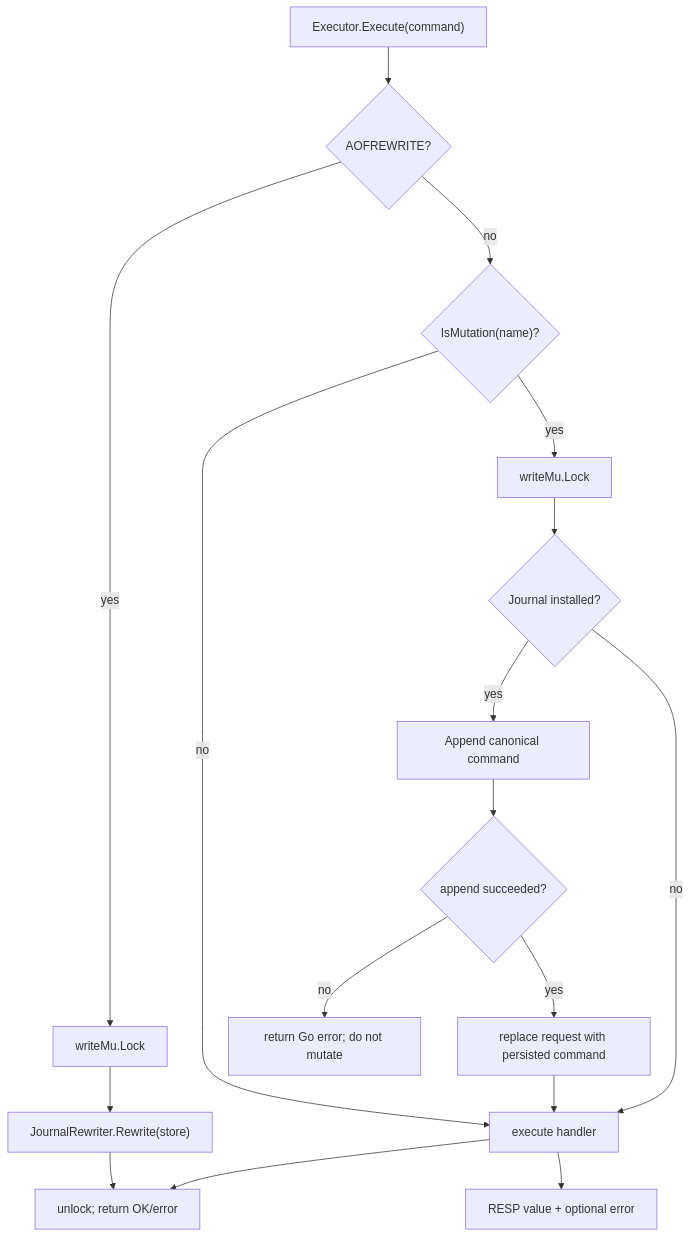
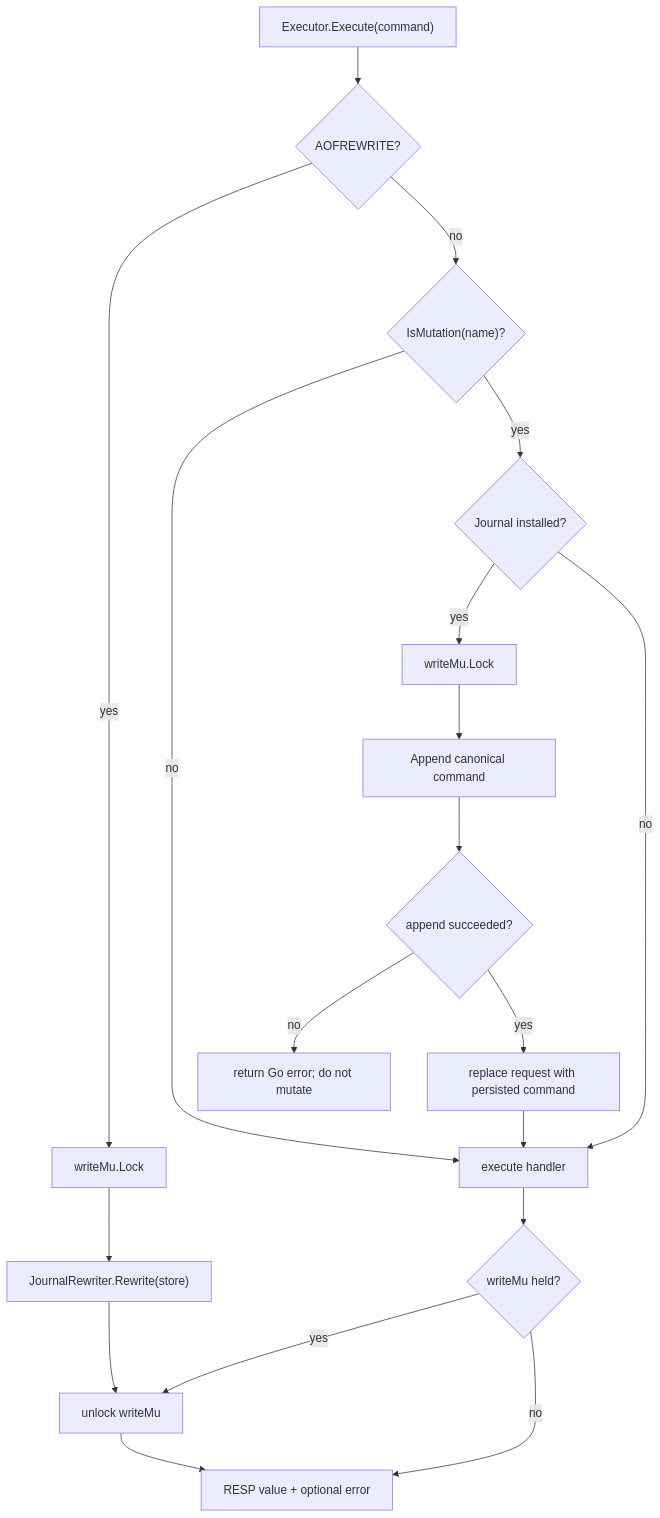
The fifth of 6 diagrams in HLD.md (shivam-pathak9/carrot), drawn with Mermaid before and after one commit. The commit also changed other lines of this file and 23 other files, not shown here.

````diff
--- a/HLD.md
+++ b/HLD.md
@@ -263,19 +263,21 @@
 ```mermaid
 flowchart TD
     Request["Executor.Execute(command)"] --> Special{"AOFREWRITE?"}
     Special -->|yes| Barrier["writeMu.Lock"]
     Barrier --> Rewrite["JournalRewriter.Rewrite(store)"]
     Rewrite --> Unlock["unlock; return OK/error"]
     Special -->|no| Mut{"IsMutation(name)?"}
     Mut -->|no| Dispatch["execute handler"]
-    Mut -->|yes| Lock["writeMu.Lock"]
-    Lock --> Journal{"Journal installed?"}
-    Journal -->|yes| Append["Append canonical command"]
+    Mut -->|yes| Journal{"Journal installed?"}
+    Journal -->|yes| Lock["writeMu.Lock"]
+    Lock --> Append["Append canonical command"]
     Journal -->|no| Dispatch
     Append --> Good{"append succeeded?"}
     Good -->|no| Error["return Go error; do not mutate"]
     Good -->|yes| Canonical["replace request with persisted command"]
     Canonical --> Dispatch
-    Dispatch --> Unlock
-    Dispatch --> Response["RESP value + optional error"]
+    Dispatch --> LockHeld{"writeMu held?"}
+    LockHeld -->|yes| Unlock["unlock writeMu"]
+    LockHeld -->|no| Response["RESP value + optional error"]
+    Unlock --> Response
 ```
````
